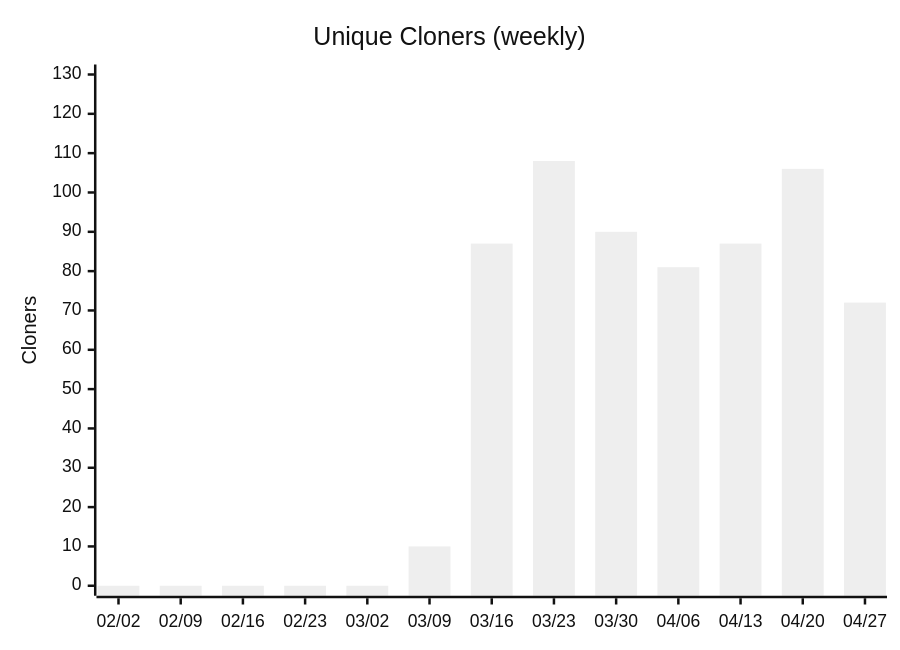
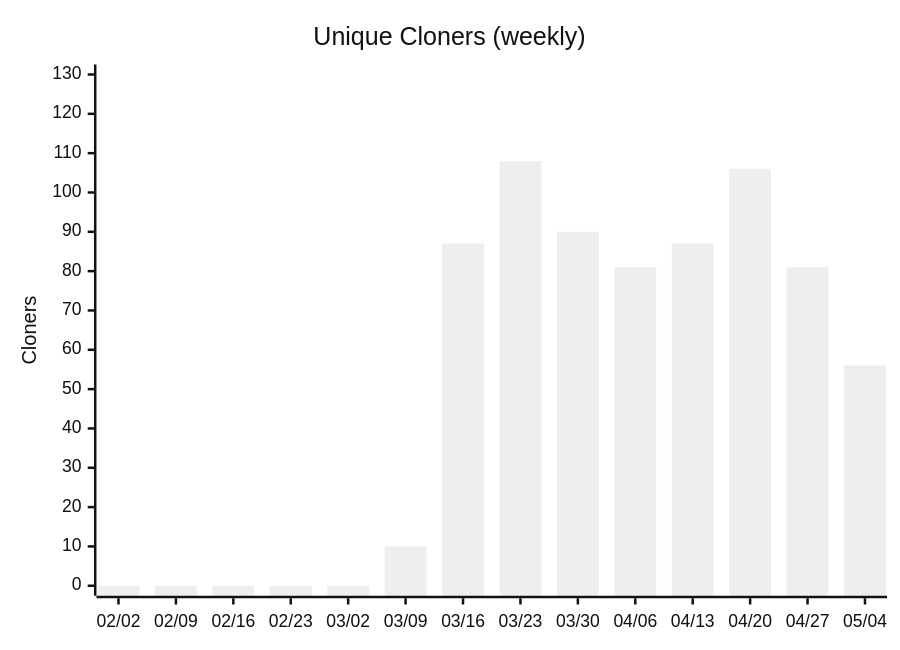
Before and after one commit to nablarch/nabledge-dev: diagram 14 of 14 in docs/metrics.md, drawn with Mermaid (neutral theme). The commit also changed other lines of this file and 2 other files, not shown here.

````diff
--- a/docs/metrics.md
+++ b/docs/metrics.md
@@ -177,7 +177,7 @@
 ```mermaid
 xychart-beta
   title "Unique Cloners (weekly)"
-  x-axis ["02/02", "02/09", "02/16", "02/23", "03/02", "03/09", "03/16", "03/23", "03/30", "04/06", "04/13", "04/20", "04/27"]
+  x-axis ["02/02", "02/09", "02/16", "02/23", "03/02", "03/09", "03/16", "03/23", "03/30", "04/06", "04/13", "04/20", "04/27", "05/04"]
   y-axis "Cloners" 0 --> 130
-  bar [0, 0, 0, 0, 0, 10, 87, 108, 90, 81, 87, 106, 72]
+  bar [0, 0, 0, 0, 0, 10, 87, 108, 90, 81, 87, 106, 81, 56]
 ```
````
